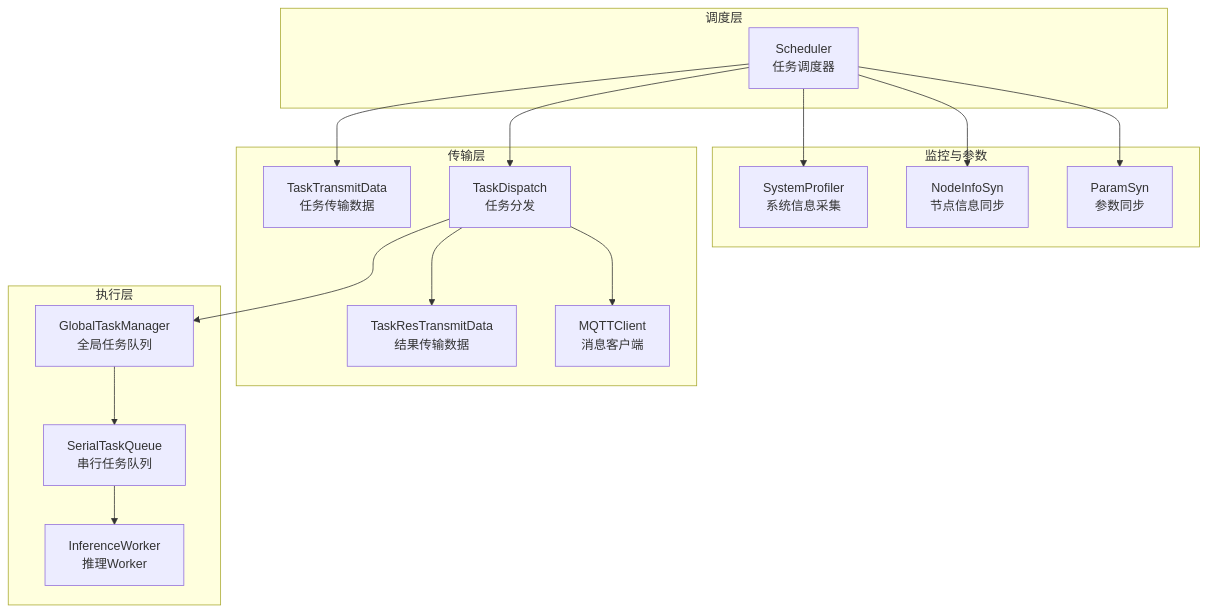
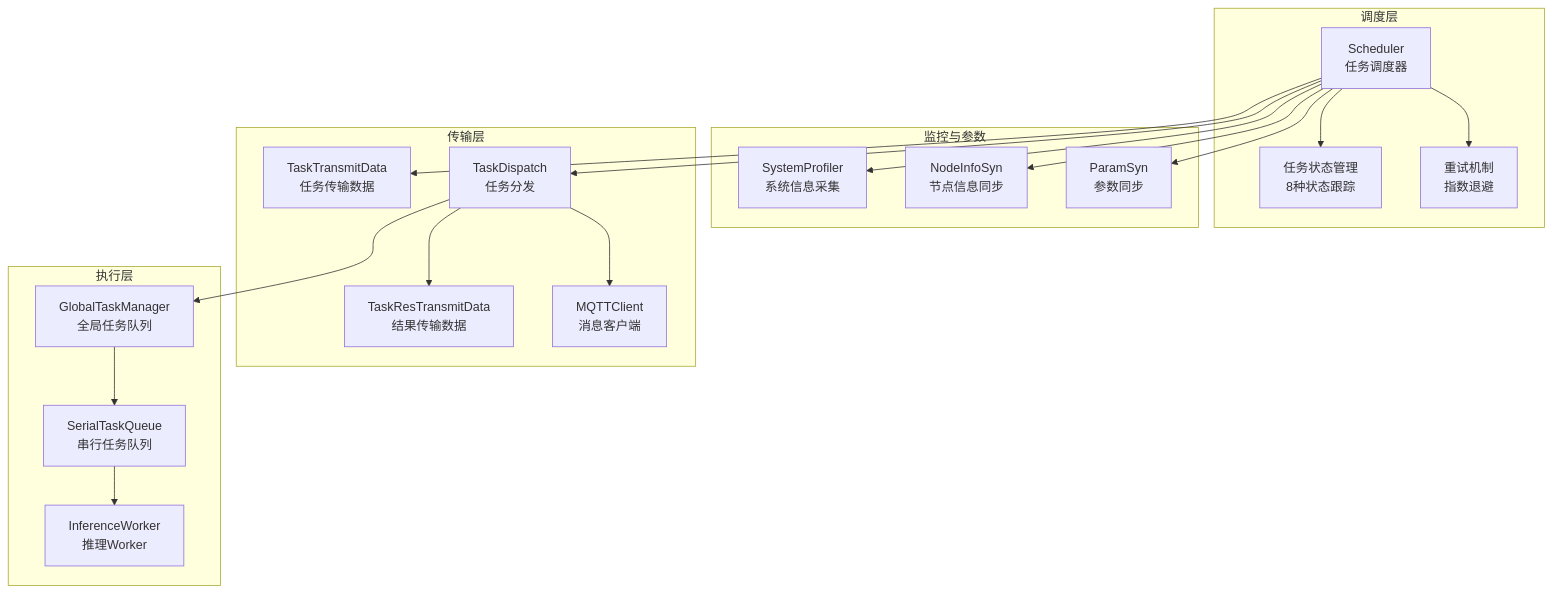
The first of 8 diagrams in .qoder/repowiki/zh/content/任务调度系统/任务调度器.md (huo65/OH-Co3), drawn with Mermaid before and after one commit. The commit also changed other lines of this file and 6 other files, not shown here.

````diff
--- a/.qoder/repowiki/zh/content/任务调度系统/任务调度器.md
+++ b/.qoder/repowiki/zh/content/任务调度系统/任务调度器.md
@@ -40,32 +45,36 @@
 ```mermaid
 graph TB
 subgraph "调度层"
 S["Scheduler<br/>任务调度器"]
+TS["任务状态管理<br/>8种状态跟踪"]
+RM["重试机制<br/>指数退避"]
 end
 subgraph "监控与参数"
 SP["SystemProfiler<br/>系统信息采集"]
 NI["NodeInfoSyn<br/>节点信息同步"]
 PS["ParamSyn<br/>参数同步"]
 end
 subgraph "传输层"
 TD["TaskTransmitData<br/>任务传输数据"]
 TD2["TaskResTransmitData<br/>结果传输数据"]
 TD3["TaskDispatch<br/>任务分发"]
 MQTT["MQTTClient<br/>消息客户端"]
 end
 subgraph "执行层"
 GTM["GlobalTaskManager<br/>全局任务队列"]
 STQ["SerialTaskQueue<br/>串行任务队列"]
 IW["InferenceWorker<br/>推理Worker"]
 end
 S --> SP
 S --> NI
 S --> PS
+S --> TS
+S --> RM
 S --> TD
 S --> TD3
 TD3 --> MQTT
 TD3 --> TD2
 TD3 --> GTM
 GTM --> STQ
 STQ --> IW
 ```
````
